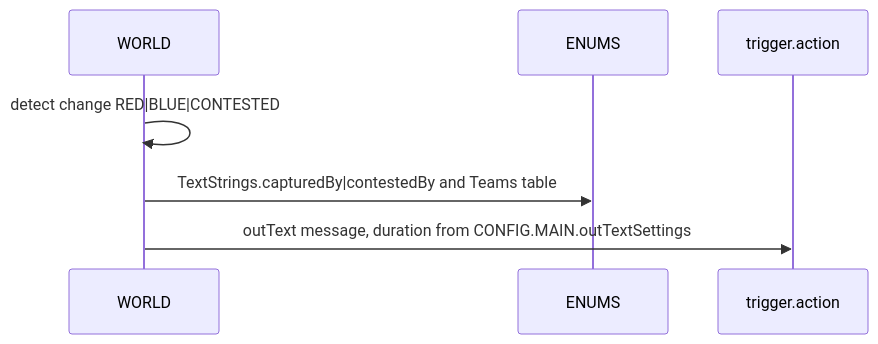
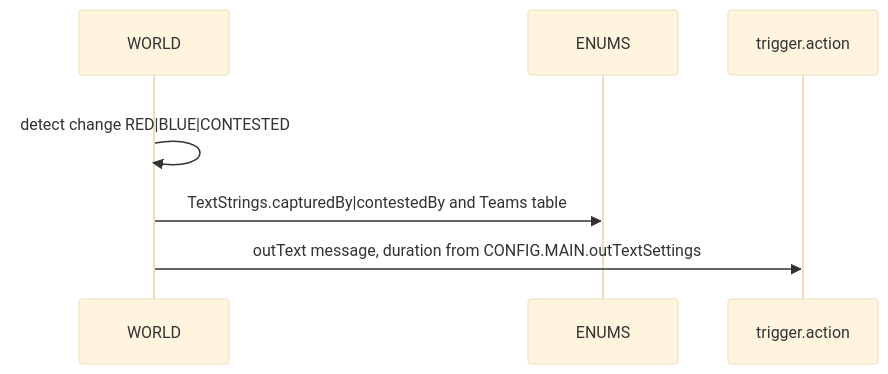
Before and after one commit to Gh0st352/AETHR: the second of 3 diagrams in docs/enums/coalition_and_text.md, drawn with Mermaid. The commit also changed other lines of this file and 7 other files, not shown here.

First line of the commit message:
docs(enums): add structured mermaid styling and subgraphs

````diff
--- a/docs/enums/coalition_and_text.md
+++ b/docs/enums/coalition_and_text.md
@@ -41,9 +79,13 @@
 ```mermaid
+%%{init: {"theme":"base"}}%%
 sequenceDiagram
   participant W as WORLD
   participant EN as ENUMS
   participant T as trigger.action
-  W->>W: detect change RED|BLUE|CONTESTED
-  W->>EN: TextStrings.capturedBy|contestedBy and Teams table
-  W->>T: outText message, duration from CONFIG.MAIN.outTextSettings
+
+  rect rgba(255, 255, 255, 0.75)
+    W->>W: detect change RED|BLUE|CONTESTED
+    W->>EN: TextStrings.capturedBy|contestedBy and Teams table
+    W->>T: outText message, duration from CONFIG.MAIN.outTextSettings
+  end
 ```
````
